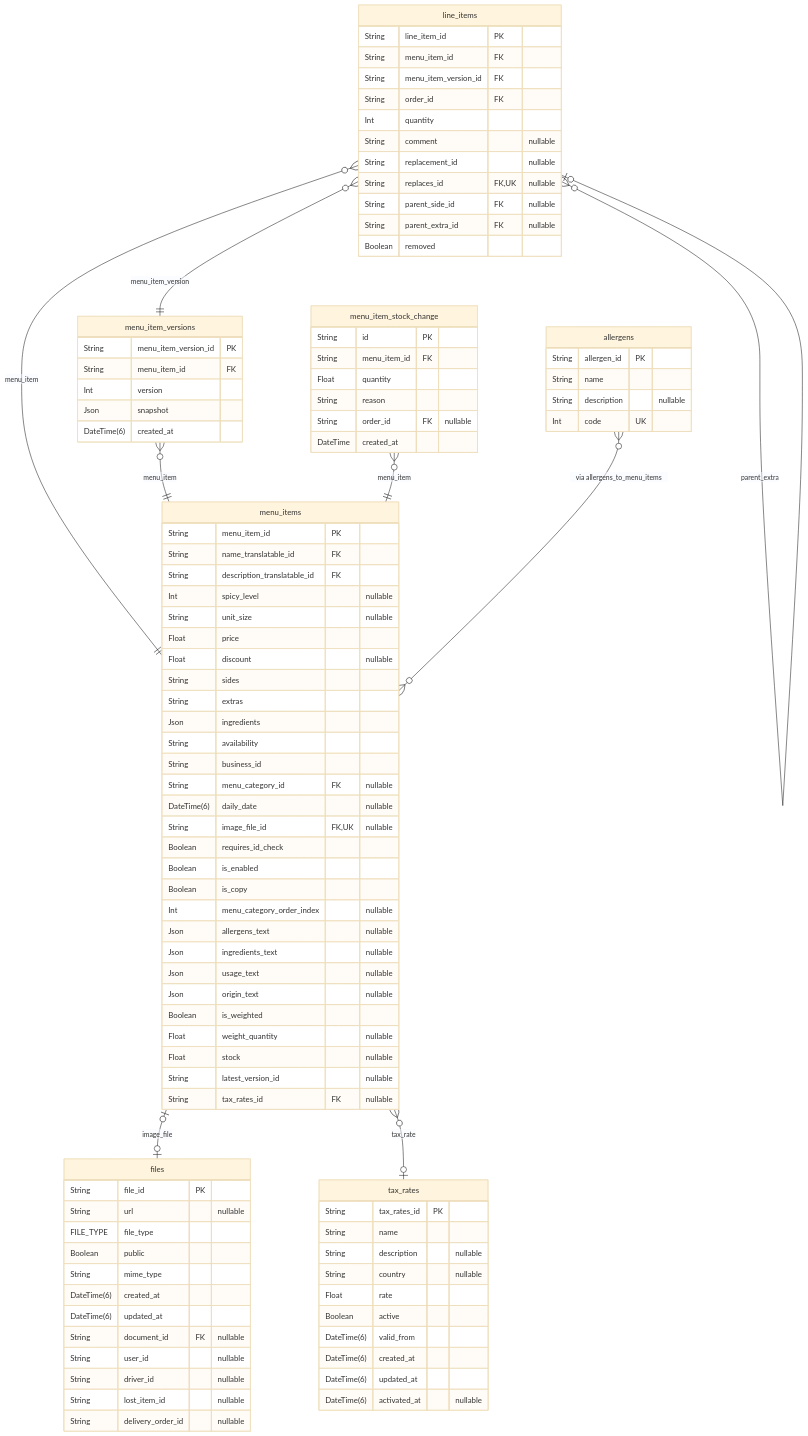
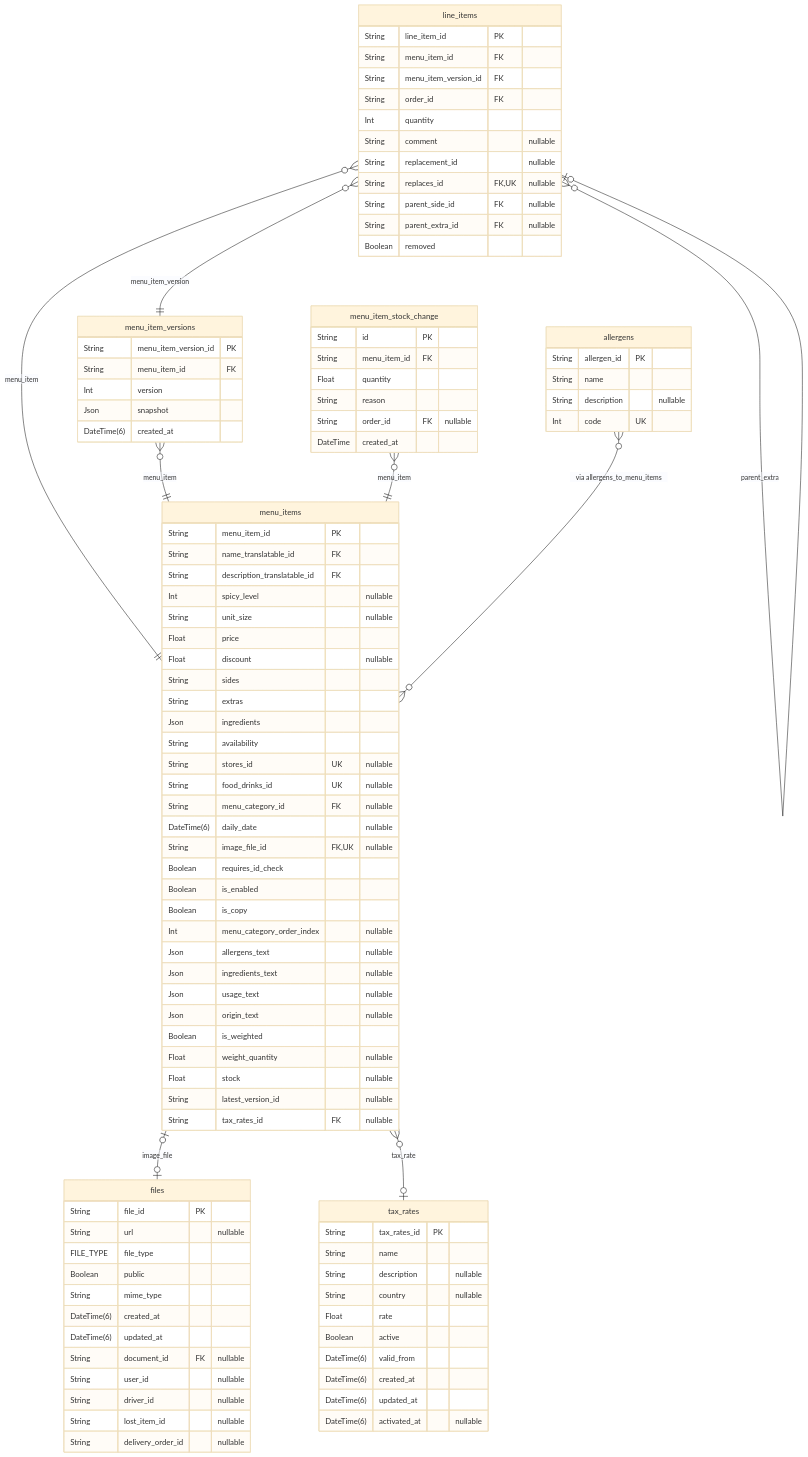
Before and after one commit to pbozic/be-analyisis: diagram 19 of 40 in prisma/schemas/ERD.md, drawn with Mermaid (base theme). The commit also changed other lines of this file and 21 other files, not shown here.

```diff
--- a/prisma/schemas/ERD.md
+++ b/prisma/schemas/ERD.md
@@ -3198,7 +3234,8 @@
   String extras
   Json ingredients
   String availability
-  String business_id
+  String stores_id UK "nullable"
+  String food_drinks_id UK "nullable"
   String menu_category_id FK "nullable"
   DateTime(6) daily_date "nullable"
   String image_file_id FK,UK "nullable"
```
